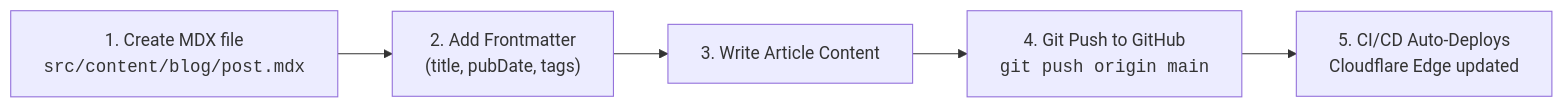
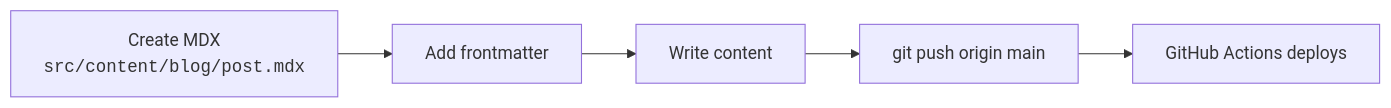
One commit to QuanBlue/portfolio changed the diagram in README.md. Above: the diagram before and after it, drawn with Mermaid. The commit also changed other lines of this file and 42 other files, not shown here.

````diff
--- a/README.md
+++ b/README.md
@@ -225,7 +224,7 @@
 ```mermaid
 flowchart LR
-    A["1. Create MDX file<br><code>src/content/blog/post.mdx</code>"] --> B["2. Add Frontmatter<br>(title, pubDate, tags)"]
-    B --> C["3. Write Article Content"]
-    C --> D["4. Git Push to GitHub<br><code>git push origin main</code>"]
-    D --> E["5. CI/CD Auto-Deploys<br>Cloudflare Edge updated"]
+    A["Create MDX<br><code>src/content/blog/post.mdx</code>"] --> B["Add frontmatter"]
+    B --> C["Write content"]
+    C --> D["git push origin main"]
+    D --> E["GitHub Actions deploys"]
 ```
````
